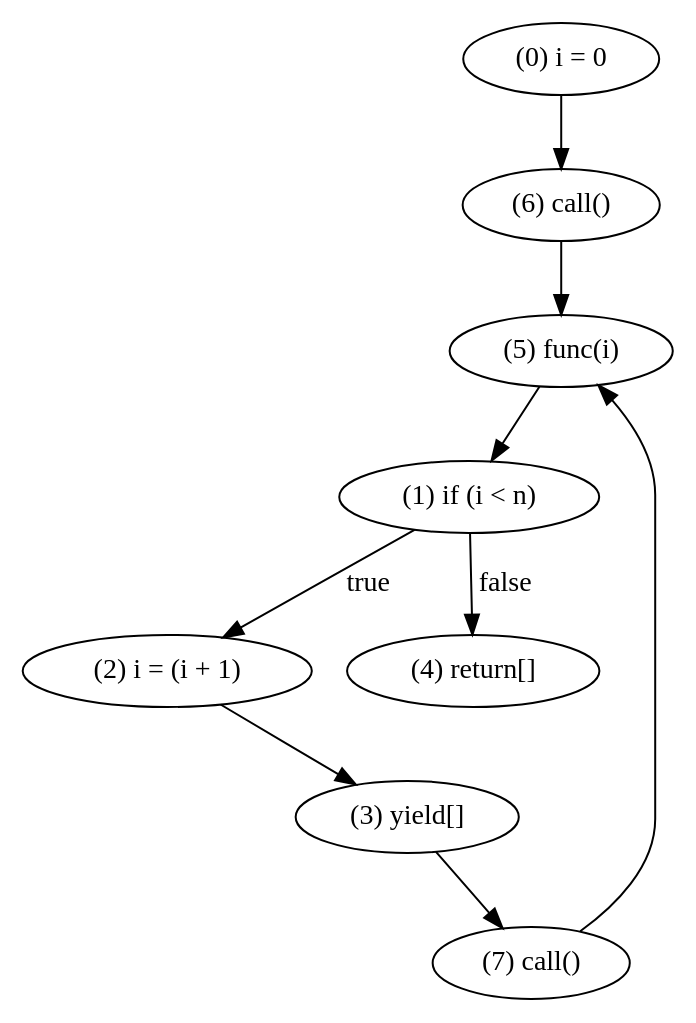
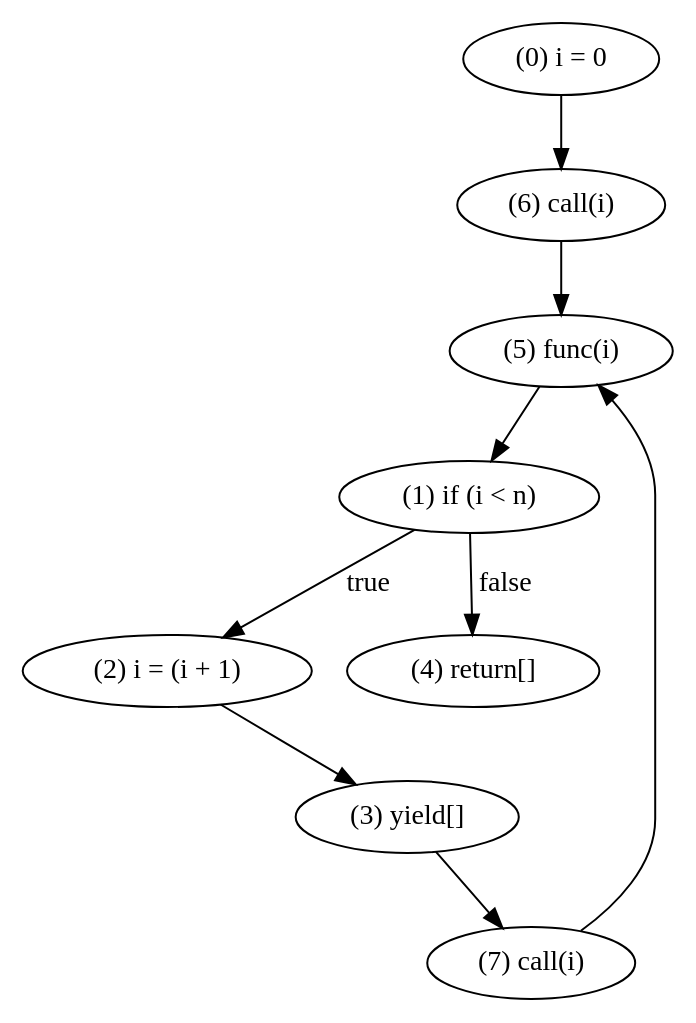
Before and after one commit to WorldofKerry/ToHDL: the diagram in crates/passes/insert_phi.dot, drawn with Graphviz. The commit also changed 1 other file, not shown here.

```diff
--- a/crates/passes/insert_phi.dot
+++ b/crates/passes/insert_phi.dot
@@ -1,18 +1,18 @@
 digraph {
     0 [ label = "(0) i = 0" ]
     1 [ label = "(1) if (i < n)" ]
     2 [ label = "(2) i = (i + 1)" ]
     3 [ label = "(3) yield[]" ]
     4 [ label = "(4) return[]" ]
     5 [ label = "(5) func(i)" ]
-    6 [ label = "(6) call()" ]
-    7 [ label = "(7) call()" ]
+    6 [ label = "(6) call(i)" ]
+    7 [ label = "(7) call(i)" ]
     0 -> 6 [ label = "" ]
     1 -> 4 [ label = "false" ]
     1 -> 2 [ label = "true" ]
     2 -> 3 [ label = "" ]
     3 -> 7 [ label = "" ]
     5 -> 1 [ label = "" ]
     6 -> 5 [ label = "" ]
     7 -> 5 [ label = "" ]
 }
```
